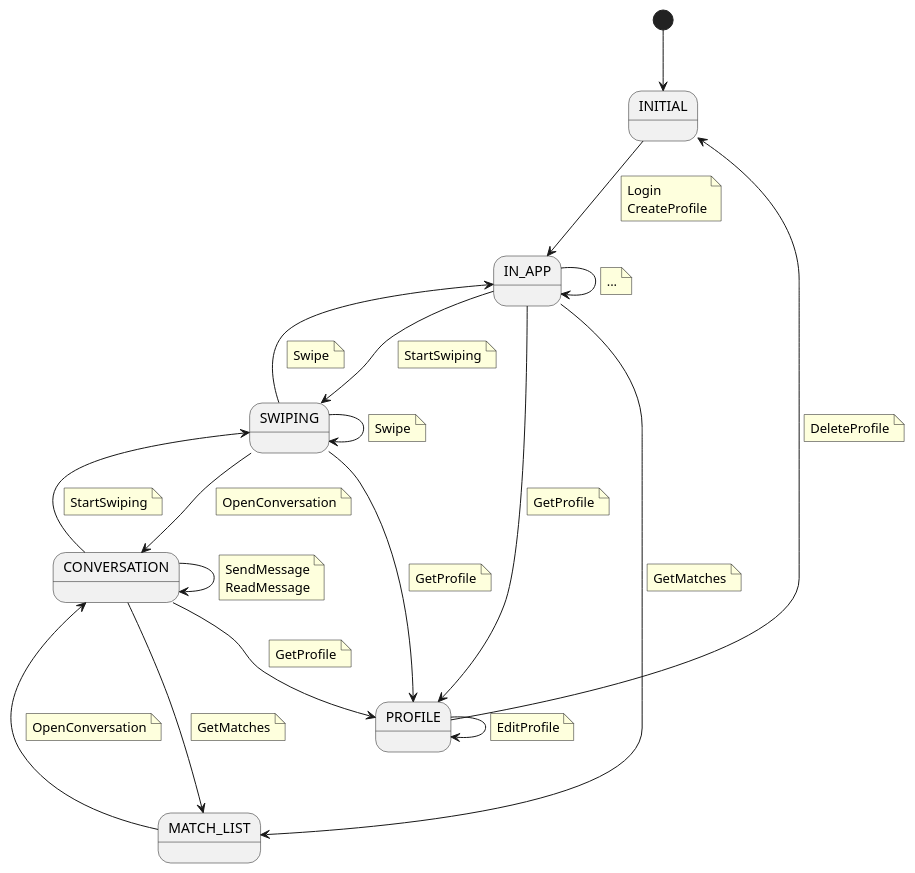
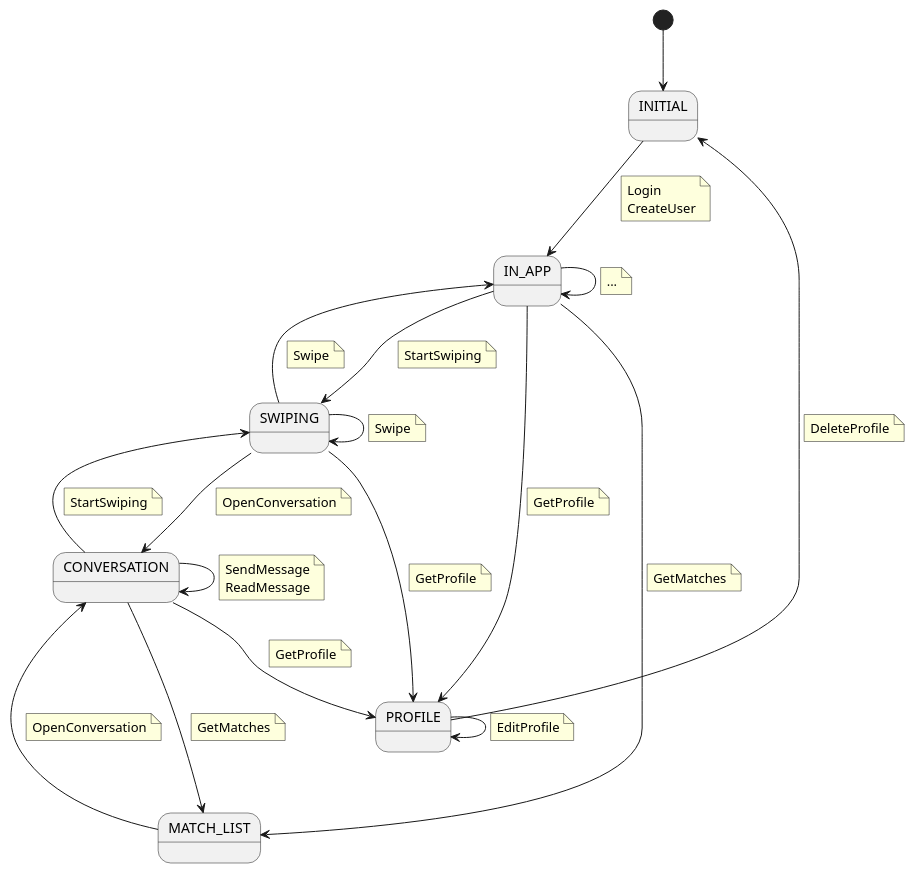
Before and after one commit to fraylopez/tinder: the diagram in docs/src/use-cases/tinder-context.puml, drawn with PlantUML. The commit also changed 1 other file, not shown here.

Commit message:
chore: wip change user by profile uses cases docs

```diff
--- a/docs/src/use-cases/tinder-context.puml
+++ b/docs/src/use-cases/tinder-context.puml
@@ -1,82 +1,82 @@
 @startuml
 
 state INITIAL
 state SWIPING
 state CONVERSATION
 state PROFILE
 state MATCH_LIST
 
 [*] --> INITIAL
 INITIAL --> IN_APP
 note on link
 Login
-CreateProfile
+CreateUser
 end note
 IN_APP --> SWIPING
 note on link
 StartSwiping
 endnote
 SWIPING --> SWIPING
 note on link
 Swipe
 endnote
 IN_APP --> IN_APP
 note on link
 ...
 end note
 IN_APP --> MATCH_LIST
 note on link
 GetMatches
 endnote
 MATCH_LIST --> CONVERSATION
 note on link
 OpenConversation
 endnote
 CONVERSATION ---> MATCH_LIST
 note on link
 GetMatches
 endnote
 CONVERSATION --> CONVERSATION
 note on link
 SendMessage
 ReadMessage
 end note
 IN_APP --> PROFILE
 note on link
 GetProfile
 end note
 PROFILE --> PROFILE
 note on link
 EditProfile
 end note
 PROFILE --> INITIAL
 note on link
 DeleteProfile
 end note
 
 CONVERSATION --> PROFILE
 note on link
 GetProfile
 end note
 SWIPING --> PROFILE
 note on link
 GetProfile
 end note
 SWIPING --> CONVERSATION
 note on link
 OpenConversation
 end note
 CONVERSATION --> SWIPING
 note on link
 StartSwiping
 end note
 
 SWIPING --> IN_APP
 note on link
 Swipe
 end note
 
 
 
 
 @enduml
```
